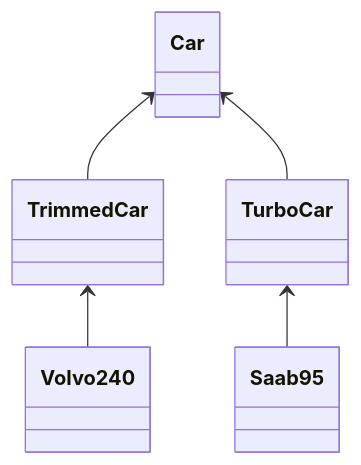
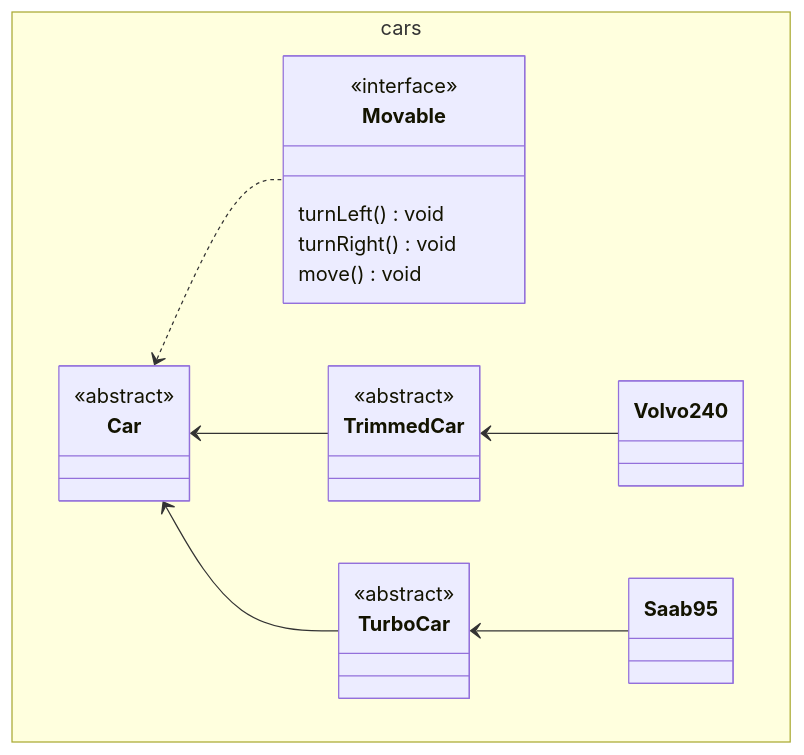
The diagram in docs/class-diagram.md (hasicx/TDA553-lab1), drawn with Mermaid before and after one commit.

Commit message:
Update class diagram

````diff
--- a/docs/class-diagram.md
+++ b/docs/class-diagram.md
@@ -1,12 +1,34 @@
 ```mermaid
 classDiagram
-  class Car
-  class TrimmedCar
-  class TurboCar
+  namespace cars {
+    class Movable{
+      turnLeft() void
+      turnRight() void
+      move() void
+    }
+
+    class Car {
+    }
+
+    class TrimmedCar {
+    }
+
+    class TurboCar {
+    }
+
+    class Volvo240 {
+    }
+
+    class Saab95 {
+    }
+  }
+  <<abstract>> Car
+  <<abstract>> TrimmedCar
+  <<abstract>> TurboCar
+  <<interface>> Movable
+  Car <.. Movable
   Car <-- TrimmedCar
   Car <-- TurboCar
-  class Volvo240
   TrimmedCar <-- Volvo240
-  class Saab95
   TurboCar <-- Saab95
 ```
````
